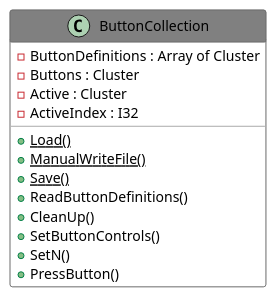
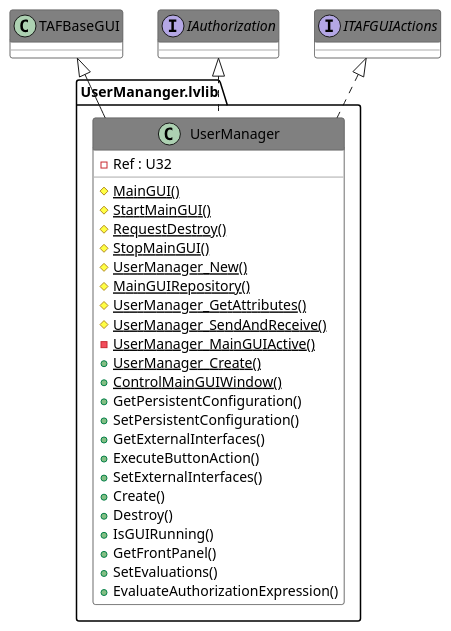
The diagram in Source/Antidoc-Output/Includes/038.adoc (PatriekBruins/TriekselsoftApplicationFramework), drawn with PlantUML before and after one commit. The commit also changed other lines of this file and 692 other files, not shown here.

```diff
--- a/Source/Antidoc-Output/Includes/038.adoc
+++ b/Source/Antidoc-Output/Includes/038.adoc
@@ -8,30 +8,47 @@
 [plantuml, format="svg", align="center"]
 ....
 @startuml
 set namespaceSeparator :
 skinparam ClassBackgroundColor #FFFFFF
 skinparam ClassBorderColor #555555
 skinparam ClassFontColor #000000
 skinparam ClassHeaderBackgroundColor #808080
 
 skinparam top to bottom direction
-class "ButtonCollection" {
-{field} -ButtonDefinitions : Array of Cluster
-{field} -Buttons : Cluster
-{field} -Active : Cluster
-{field} -ActiveIndex : I32
-{static} {method} +Load()
-{static} {method} +ManualWriteFile()
-{static} {method} +Save()
-{method} +ReadButtonDefinitions()
-{method} +CleanUp()
-{method} +SetButtonControls()
-{method} +SetN()
-{method} +PressButton()
+class "UserMananger.lvlib:UserManager" {
+{field} -Ref : U32
+{static} {method} #MainGUI()
+{static} {method} #StartMainGUI()
+{static} {method} #RequestDestroy()
+{static} {method} #StopMainGUI()
+{static} {method} #UserManager_New()
+{static} {method} #MainGUIRepository()
+{static} {method} #UserManager_GetAttributes()
+{static} {method} #UserManager_SendAndReceive()
+{static} {method} -UserManager_MainGUIActive()
+{static} {method} +UserManager_Create()
+{static} {method} +ControlMainGUIWindow()
+{method} +GetPersistentConfiguration()
+{method} +SetPersistentConfiguration()
+{method} +GetExternalInterfaces()
+{method} +ExecuteButtonAction()
+{method} +SetExternalInterfaces()
+{method} +Create()
+{method} +Destroy()
+{method} +IsGUIRunning()
+{method} +GetFrontPanel()
+{method} +SetEvaluations()
+{method} +EvaluateAuthorizationExpression()
 
 }
+"TAFBaseGUI" <|-- "UserMananger.lvlib:UserManager"
+"IAuthorization" <|.. "UserMananger.lvlib:UserManager"
+interface "IAuthorization" {}
+"ITAFGUIActions" <|.. "UserMananger.lvlib:UserManager"
+interface "ITAFGUIActions" {}
+
 
 
 
 @enduml
 ....
```
